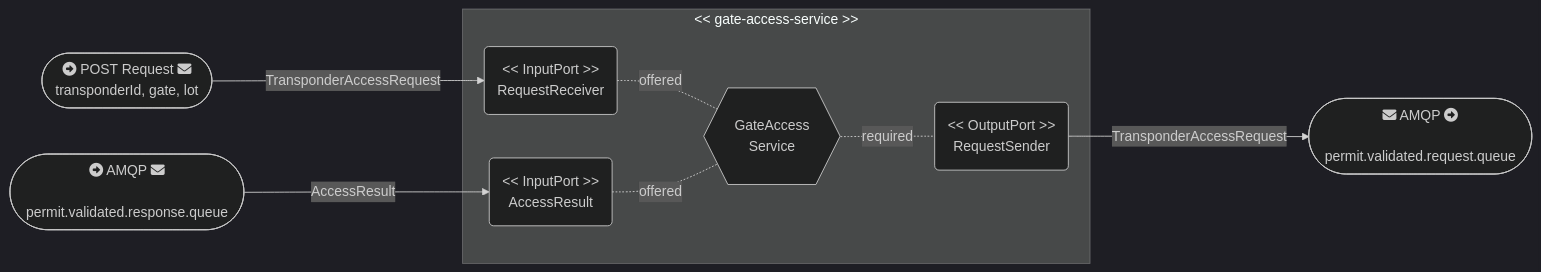
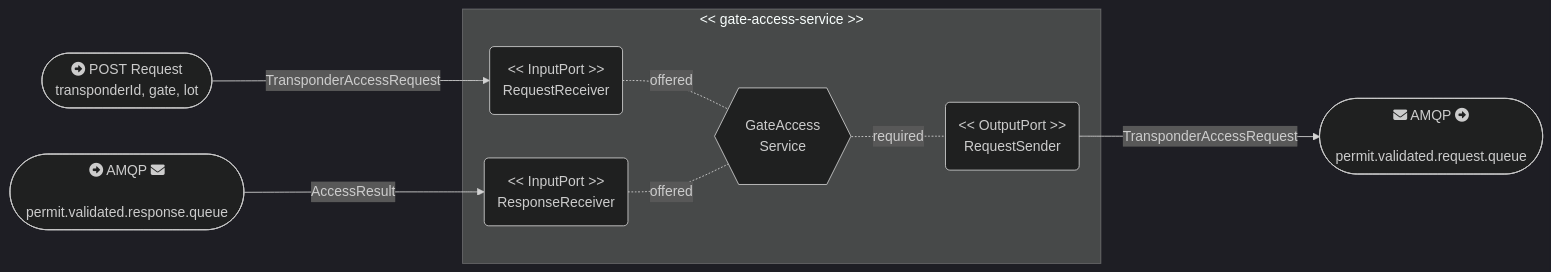
One commit to billycychan/acme-park-mvp changed the diagram in services/gate-access-service/src/main/mermaid/gate-service.mmd. Above: the diagram before and after it, drawn with Mermaid (dark theme). The commit also changed 1 other file, not shown here.

```diff
--- a/services/gate-access-service/src/main/mermaid/gate-service.mmd
+++ b/services/gate-access-service/src/main/mermaid/gate-service.mmd
@@ -1,23 +1,23 @@
 flowchart LR
 
-    REST_IN([fa:fa-circle-right POST Request fa:fa-envelope \n transponderId, gate, lot ])
+    REST_IN([fa:fa-circle-right POST Request \n transponderId, gate, lot ])
 
     AMQP_IN([fa:fa-circle-right AMQP fa:fa-envelope\n permit.validated.response.queue])
     AMQP_OUT([fa:fa-envelope AMQP fa:fa-circle-right\n permit.validated.request.queue])
 
 
     subgraph "<< gate-access-service >>"
         REQUEST_IN("<< InputPort >>\n RequestReceiver")
-        RESPONSE_IN("<< InputPort >>\n AccessResult")
+        RESPONSE_IN("<< InputPort >>\n ResponseReceiver")
         SERVICE{{"\nGateAccess\nService\n<br>"}}
         HRM_SENDER("<< OutputPort >>\n RequestSender")
     end
 
     REST_IN -- TransponderAccessRequest--> REQUEST_IN
     AMQP_IN -- AccessResult --> RESPONSE_IN
     REQUEST_IN -. offered .- SERVICE
     RESPONSE_IN -. offered .- SERVICE
 
 
 SERVICE -. required .- HRM_SENDER
 HRM_SENDER -- TransponderAccessRequest --> AMQP_OUT
```
